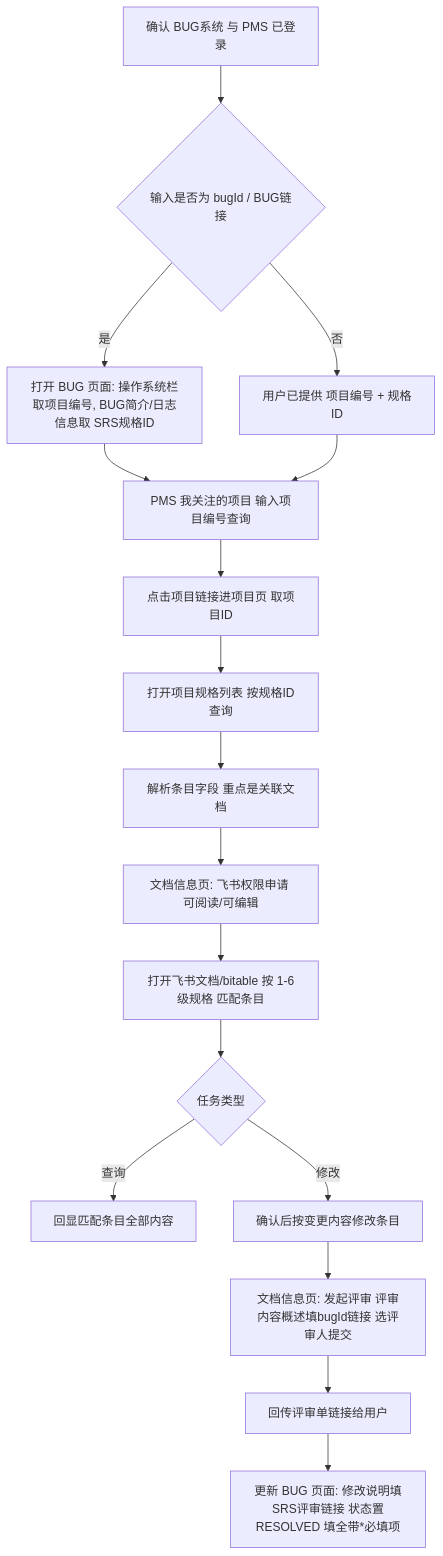
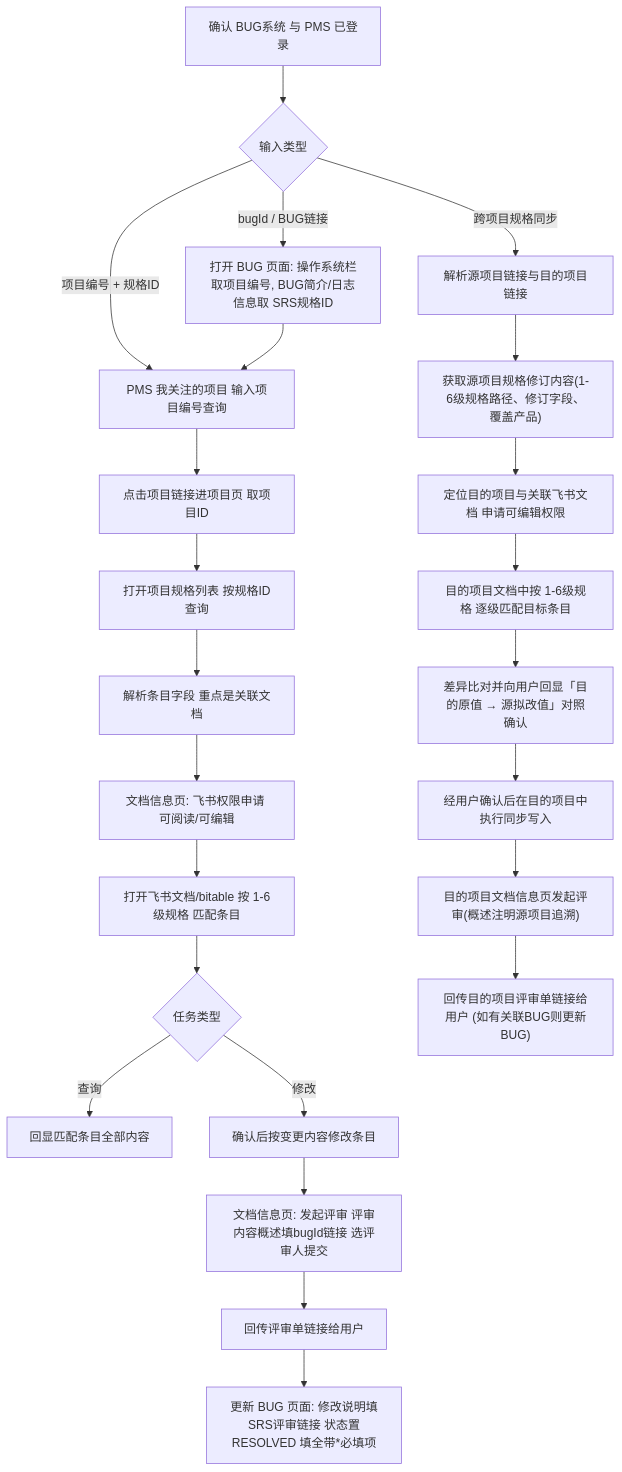
One commit to rj-ruanxueyong/my-skills changed the diagram in srs-spec-manager/SKILL.md. Above: the diagram before and after it, drawn with Mermaid. The commit also changed other lines of this file and 1 other file, not shown here.

````diff
--- a/srs-spec-manager/SKILL.md
+++ b/srs-spec-manager/SKILL.md
@@ -36,19 +38,27 @@
 ```mermaid
 flowchart TD
-    A["确认 BUG系统 与 PMS 已登录"] --> B{"输入是否为 bugId / BUG链接"}
-    B -->|是| C["打开 BUG 页面: 操作系统栏取项目编号, BUG简介/日志信息取 SRS规格ID"]
-    B -->|否| D["用户已提供 项目编号 + 规格ID"]
-    C --> E["PMS 我关注的项目 输入项目编号查询"]
-    D --> E
-    E --> F["点击项目链接进项目页 取项目ID"]
-    F --> G["打开项目规格列表 按规格ID查询"]
-    G --> H["解析条目字段 重点是关联文档"]
-    H --> I["文档信息页: 飞书权限申请 可阅读/可编辑"]
-    I --> J["打开飞书文档/bitable 按 1-6级规格 匹配条目"]
-    J --> K{"任务类型"}
-    K -->|查询| L["回显匹配条目全部内容"]
-    K -->|修改| M["确认后按变更内容修改条目"]
-    M --> N["文档信息页: 发起评审 评审内容概述填bugId链接 选评审人提交"]
-    N --> O["回传评审单链接给用户"]
-    O --> P["更新 BUG 页面: 修改说明填SRS评审链接 状态置RESOLVED 填全带*必填项"]
+    A["确认 BUG系统 与 PMS 已登录"] --> B{"输入类型"}
+    B -->|bugId / BUG链接| C["打开 BUG 页面: 操作系统栏取项目编号, BUG简介/日志信息取 SRS规格ID"]
+    B -->|项目编号 + 规格ID| D["PMS 我关注的项目 输入项目编号查询"]
+    B -->|跨项目规格同步| S["解析源项目链接与目的项目链接"]
+    C --> D
+    D --> E["点击项目链接进项目页 取项目ID"]
+    E --> F["打开项目规格列表 按规格ID查询"]
+    F --> G["解析条目字段 重点是关联文档"]
+    G --> H["文档信息页: 飞书权限申请 可阅读/可编辑"]
+    H --> I["打开飞书文档/bitable 按 1-6级规格 匹配条目"]
+    I --> J{"任务类型"}
+    J -->|查询| K["回显匹配条目全部内容"]
+    J -->|修改| L["确认后按变更内容修改条目"]
+    L --> M["文档信息页: 发起评审 评审内容概述填bugId链接 选评审人提交"]
+    M --> N["回传评审单链接给用户"]
+    N --> P["更新 BUG 页面: 修改说明填SRS评审链接 状态置RESOLVED 填全带*必填项"]
+
+    S --> S1["获取源项目规格修订内容(1-6级规格路径、修订字段、覆盖产品)"]
+    S1 --> S2["定位目的项目与关联飞书文档 申请可编辑权限"]
+    S2 --> S3["目的项目文档中按 1-6级规格 逐级匹配目标条目"]
+    S3 --> S4["差异比对并向用户回显「目的原值 → 源拟改值」对照确认"]
+    S4 --> S5["经用户确认后在目的项目中执行同步写入"]
+    S5 --> S6["目的项目文档信息页发起评审(概述注明源项目追溯)"]
+    S6 --> S7["回传目的项目评审单链接给用户 (如有关联BUG则更新BUG)"]
 ```
````
